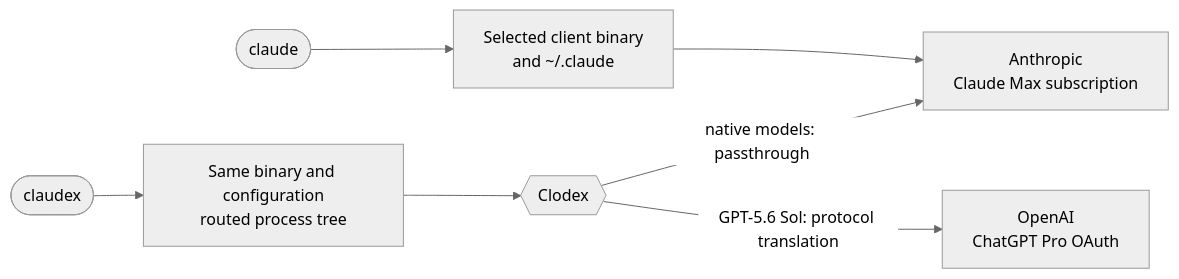
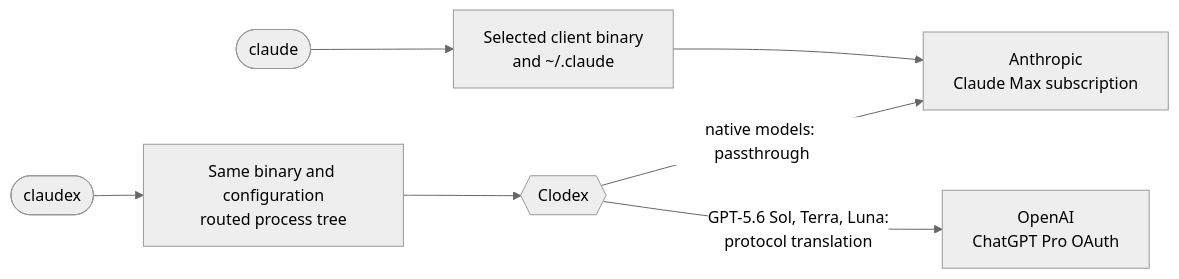
Before and after one commit to camjac251/cc-enhanced: the diagram in docs/subscription-routing/README.md, drawn with Mermaid (neutral theme). The commit also changed other lines of this file and 11 other files, not shown here.

````diff
--- a/docs/subscription-routing/README.md
+++ b/docs/subscription-routing/README.md
@@ -5,10 +5,10 @@
 ```mermaid
 flowchart LR
     Claude(["claude"]) --> Direct["Selected client binary<br/>and ~/.claude"]
     Direct --> Max["Anthropic<br/>Claude Max subscription"]
 
     Claudex(["claudex"]) --> Routed["Same binary and configuration<br/>routed process tree"]
     Routed --> Router{{Clodex}}
     Router -->|native models: passthrough| Max
-    Router -->|GPT-5.6 Sol: protocol translation| Pro["OpenAI<br/>ChatGPT Pro OAuth"]
+    Router -->|GPT-5.6 Sol, Terra, Luna:<br/>protocol translation| Pro["OpenAI<br/>ChatGPT Pro OAuth"]
 ```
````
